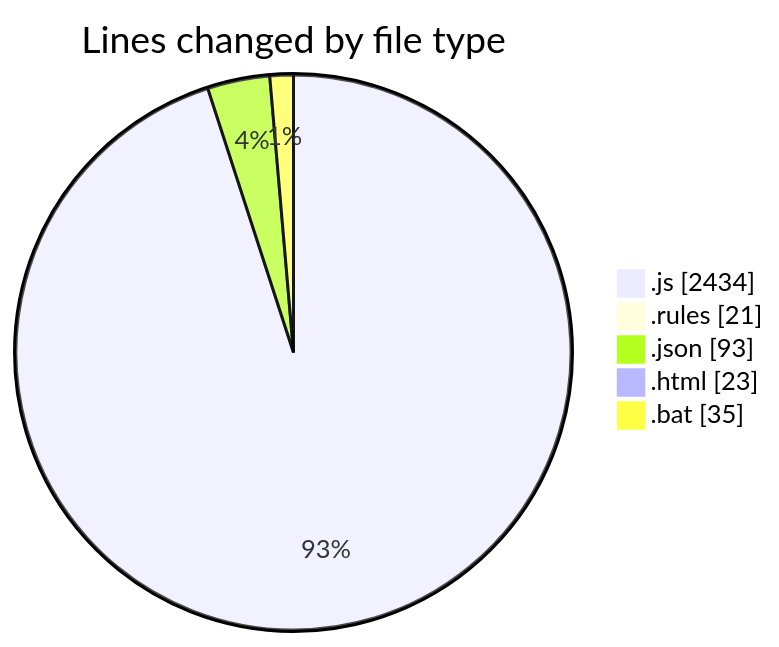
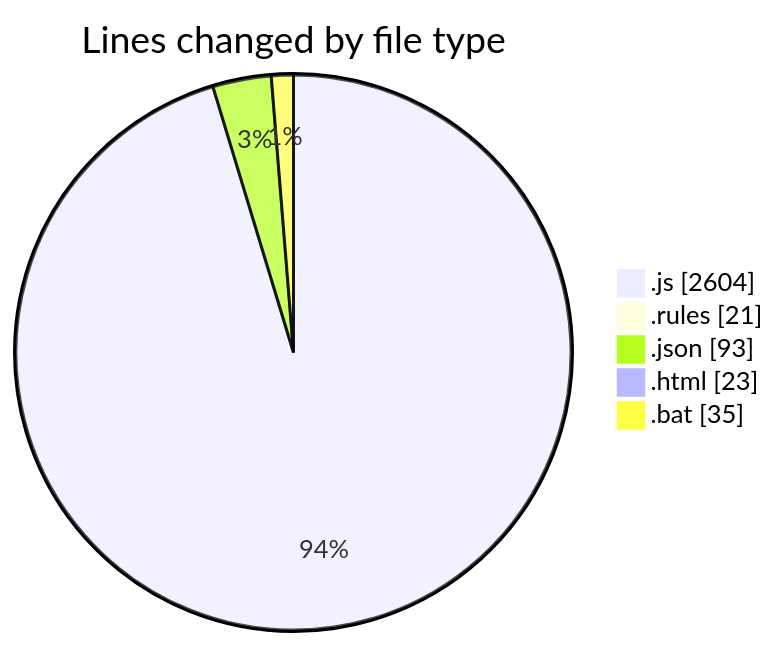
One commit to lephambinh05/code-tracking changed the first of 2 diagrams in 2025-09-01/20m/README.md. Above: the diagram before and after it, drawn with Mermaid. The commit also changed other lines of this file and 1 other file, not shown here.

````diff
--- a/2025-09-01/20m/README.md
+++ b/2025-09-01/20m/README.md
@@ -46,9 +46,9 @@
 ```mermaid
 pie showData
 title Lines changed by file type
-".js" : 2434
+".js" : 2604
 ".rules" : 21
 ".json" : 93
 ".html" : 23
 ".bat" : 35
 ```
````
